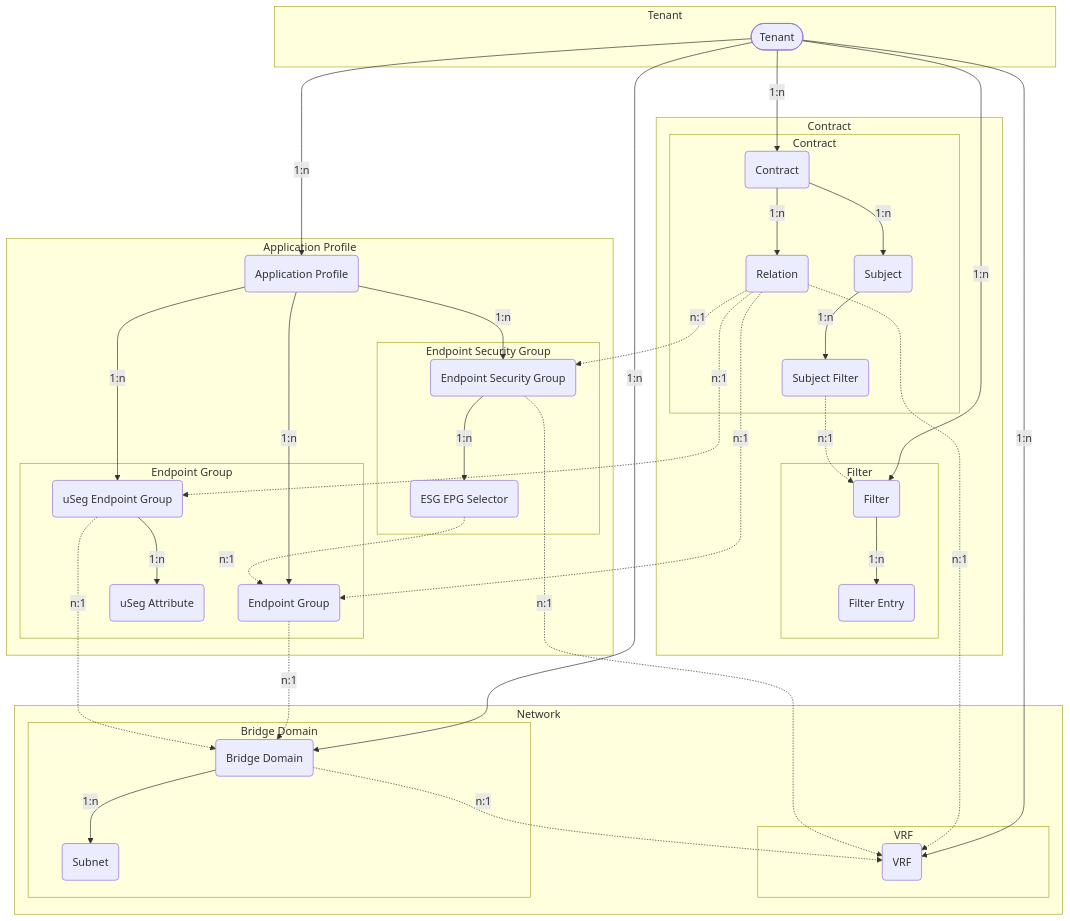
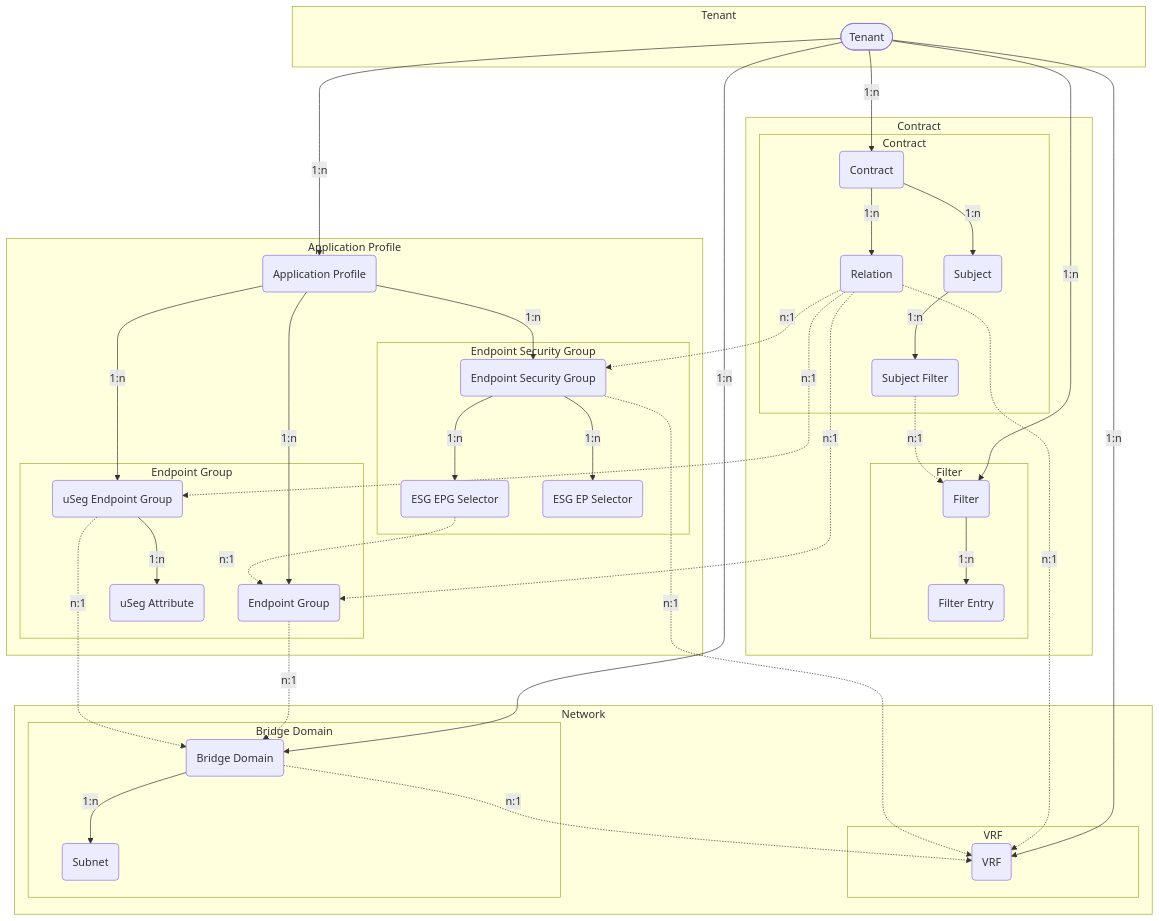
The diagram in docs/features/tenants.md (pheus/netbox-aci-plugin), drawn with Mermaid before and after one commit. The commit also changed other lines of this file, not shown here.

First line of the commit message:
docs(esgs): Add ESG Endpoint Selector documentation

````diff
--- a/docs/features/tenants.md
+++ b/docs/features/tenants.md
@@ -6,69 +6,71 @@
 ```mermaid
 flowchart TD
     TN([Tenant])
     AP(Application Profile)
     EPG(Endpoint Group)
     USEGEPG(uSeg Endpoint Group)
     USEGATTR(uSeg Attribute)
     ESG(Endpoint Security Group)
     ESGEPGSEL(ESG EPG Selector)
+    ESGEPSEL(ESG EP Selector)
     VRF(VRF)
     BD(Bridge Domain)
     SN(Subnet)
     CT(Contract)
     CTR(Relation)
     SJ(Subject)
     SJF(Subject Filter)
     FT(Filter)
     FTE(Filter Entry)
     subgraph graphTN [Tenant]
         TN
     end
     subgraph graphAP [Application Profile]
         AP
         TN -->|1:n| AP
         AP -->|1:n| EPG
         AP -->|1:n| USEGEPG
         subgraph graphEPG [Endpoint Group]
             EPG
             USEGEPG -->|1:n| USEGATTR
         end
         AP -->|1:n| ESG
         subgraph graphESG [Endpoint Security Group]
             ESG
             ESG -->|1:n| ESGEPGSEL
+            ESG -->|1:n| ESGEPSEL
         end
     end
     subgraph graphNW [Network]
         TN -->|1:n| VRF
         subgraph graphVRF [VRF]
             VRF
         end
         BD -.->|n:1| VRF
         subgraph graphBD [Bridge Domain]
             TN -->|1:n| BD
             BD -->|1:n| SN
         end
     end
     subgraph graphCT [Contract]
         subgraph graphCTS [Contract]
             TN -->|1:n| CT
             CT -->|1:n| SJ
             CT -->|1:n| CTR
             SJ -->|1:n| SJF
         end
         subgraph graphFT [Filter]
             TN -->|1:n| FT
             FT -->|1:n| FTE
         end
         SJF -.->|n:1| FT
         CTR -.->|n:1| EPG
         CTR -.->|n:1| USEGEPG
         CTR -.->|n:1| ESG
         CTR -.->|n:1| VRF
     end
     EPG -.->|n:1| BD
     USEGEPG -.->|n:1| BD
     ESG -.->|n:1| VRF
     ESGEPGSEL -.->|n:1| EPG
 ```
````
